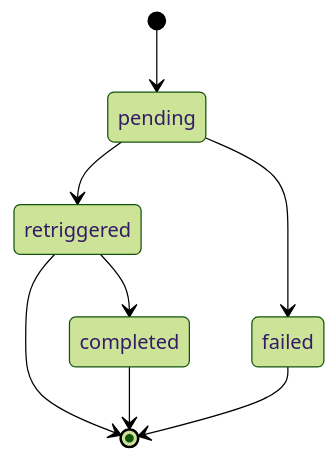
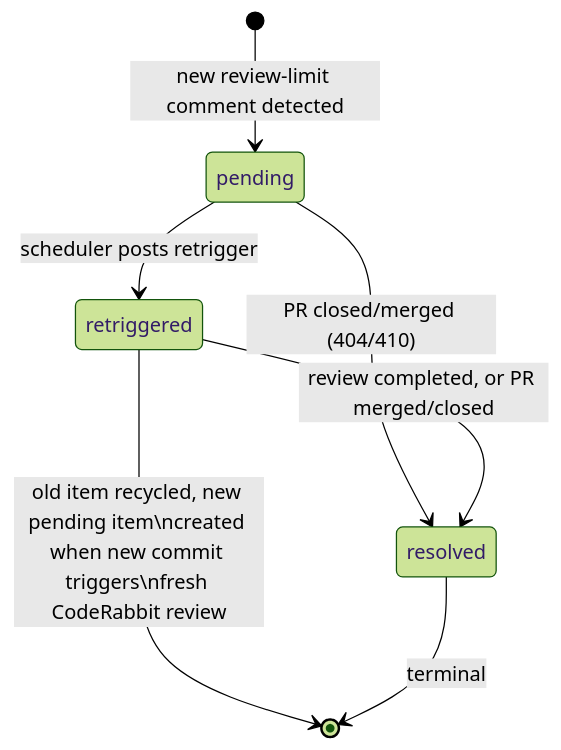
Before and after one commit to couimet/rabbit-maximizer: the diagram in docs/queue-status.md, drawn with Mermaid (forest theme). The commit also changed other lines of this file and 35 other files, not shown here.

````diff
--- a/docs/queue-status.md
+++ b/docs/queue-status.md
@@ -5,10 +5,9 @@
 ```mermaid
 stateDiagram-v2
-    [*] --> pending
-    pending --> retriggered
-    pending --> failed
-    retriggered --> completed
-    retriggered --> [*]
-    completed --> [*]
-    failed --> [*]
+    [*] --> pending: new review-limit comment detected
+    pending --> retriggered: scheduler posts retrigger
+    pending --> resolved: PR closed/merged (404/410)
+    retriggered --> resolved: review completed, or PR merged/closed
+    retriggered --> [*]: old item recycled, new pending item\ncreated when new commit triggers\nfresh CodeRabbit review
+    resolved --> [*]: terminal
 ```
````
